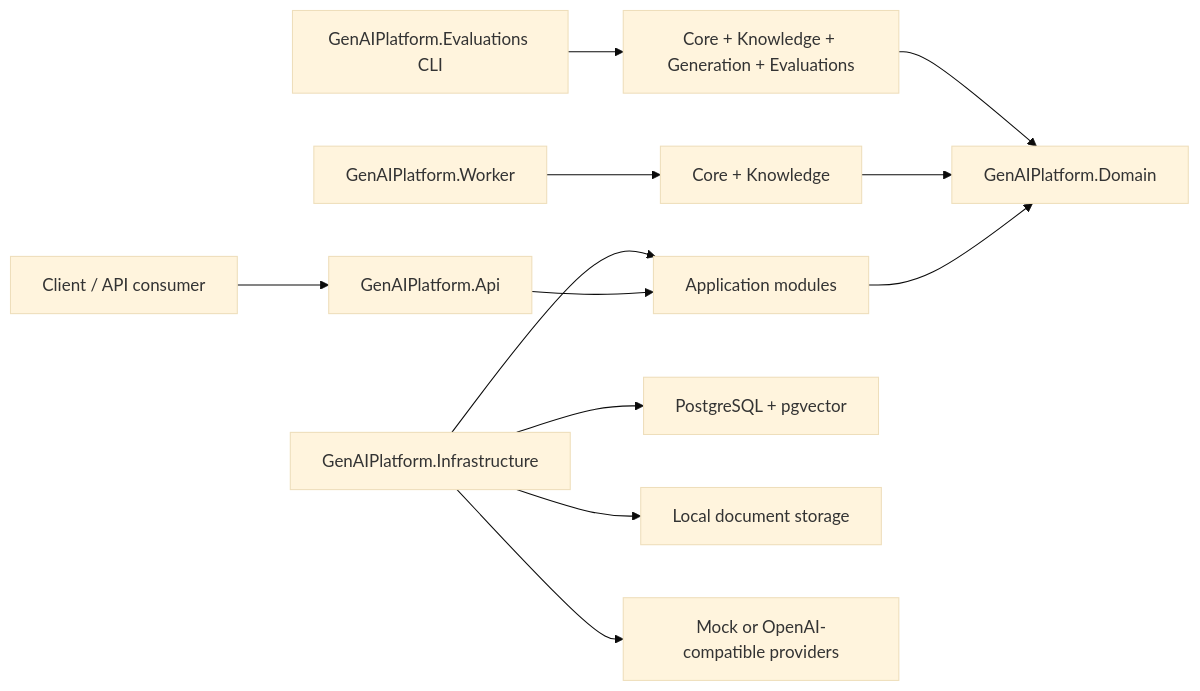
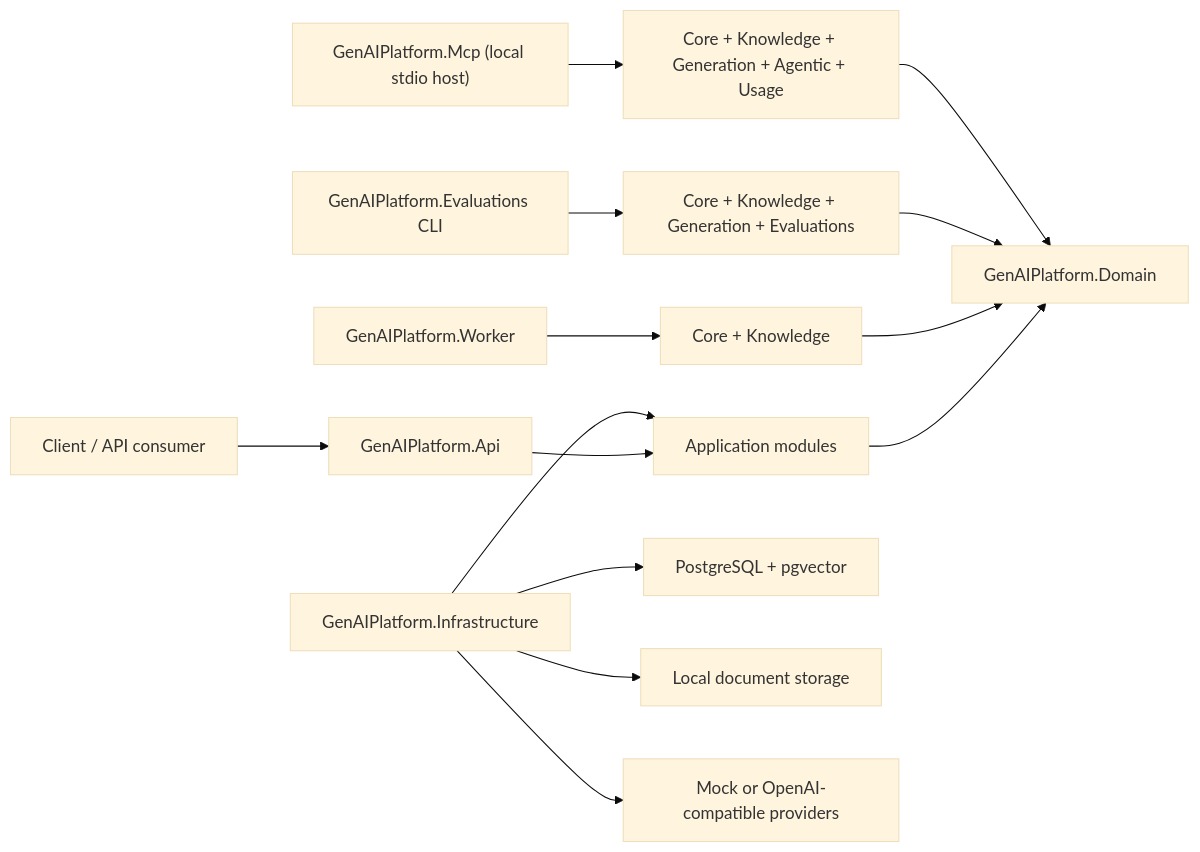
The diagram in README.md (ilagutin/dotnet-genai-starter), drawn with Mermaid (base theme) before and after one commit. The commit also changed other lines of this file and 1 other file, not shown here.

Commit message:
docs: include the MCP host in architecture overviews

````diff
--- a/README.md
+++ b/README.md
@@ -14,14 +14,16 @@
 ```mermaid
 flowchart LR
     Client["Client / API consumer"] --> Api["GenAIPlatform.Api"]
     Api --> Modules["Application modules"]
     Worker["GenAIPlatform.Worker"] --> Knowledge["Core + Knowledge"]
     Evaluations["GenAIPlatform.Evaluations CLI"] --> EvalModules["Core + Knowledge + Generation + Evaluations"]
+    Mcp["GenAIPlatform.Mcp (local stdio host)"] --> McpModules["Core + Knowledge + Generation + Agentic + Usage"]
     Modules --> Domain["GenAIPlatform.Domain"]
     Knowledge --> Domain
     EvalModules --> Domain
+    McpModules --> Domain
     Infrastructure["GenAIPlatform.Infrastructure"] --> Modules
     Infrastructure --> Postgres["PostgreSQL + pgvector"]
     Infrastructure --> Storage["Local document storage"]
     Infrastructure --> Providers["Mock or OpenAI-compatible providers"]
 ```
````
